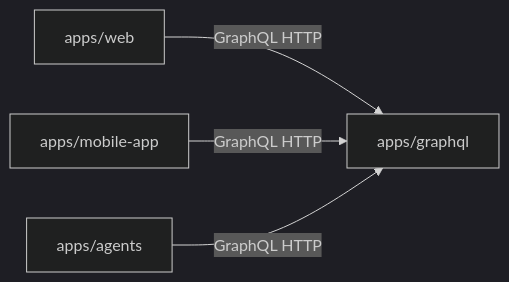
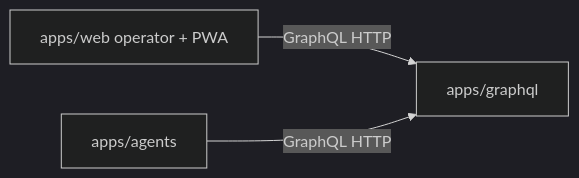
Before and after one commit to daniel-dihardja/menuyukti: the diagram in .agents/skills/menuyukti-repo-orientation/SKILL.md, drawn with Mermaid (dark theme). The commit also changed other lines of this file and 11 other files, not shown here.

````diff
--- a/.agents/skills/menuyukti-repo-orientation/SKILL.md
+++ b/.agents/skills/menuyukti-repo-orientation/SKILL.md
@@ -23,10 +23,8 @@
 ```mermaid
 flowchart LR
-  web["apps/web"]
-  mobile["apps/mobile-app"]
+  web["apps/web operator + PWA"]
   gql["apps/graphql"]
   ag["apps/agents"]
   web -->|"GraphQL HTTP"| gql
-  mobile -->|"GraphQL HTTP"| gql
   ag -->|"GraphQL HTTP"| gql
 ```
````
